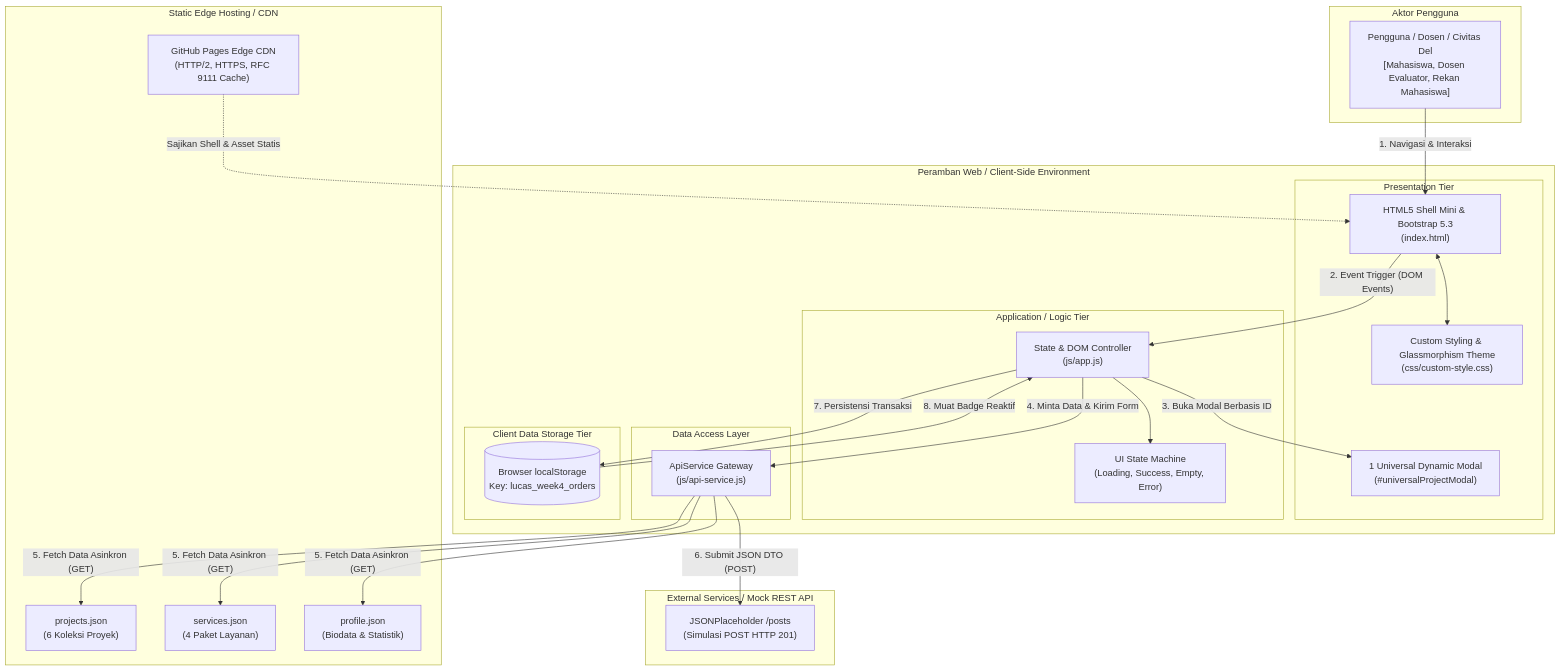
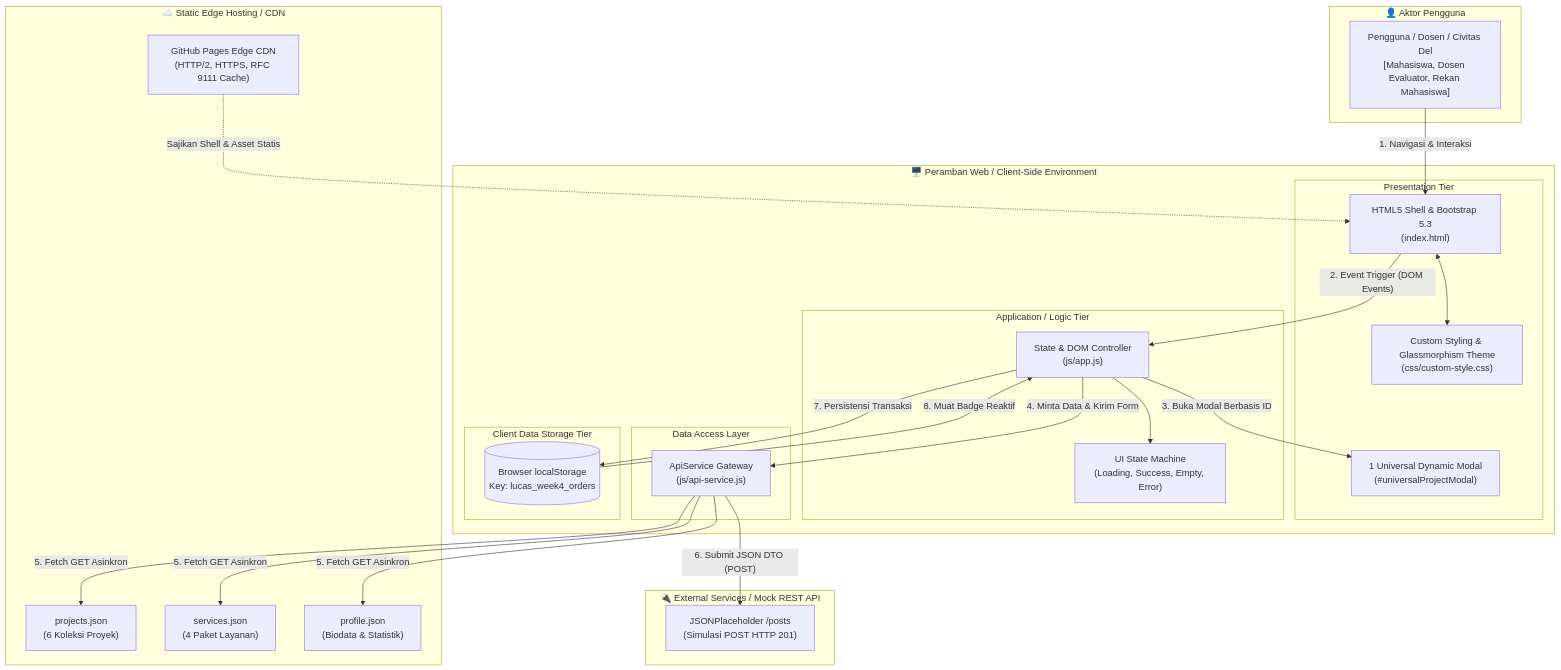
The diagram in README.md (LucasPardede/ppw-2026-week2-12S24015), drawn with Mermaid before and after one commit. The commit also changed other lines of this file, not shown here.

Commit message:
docs(README): restructure and beautify with tables, badges, diagrams, and visual hierarchy

````diff
--- a/README.md
+++ b/README.md
@@ -55,52 +112,52 @@
 ```mermaid
 flowchart TB
-    subgraph Users ["Aktor Pengguna"]
+    subgraph Users ["👤 Aktor Pengguna"]
         U["Pengguna / Dosen / Civitas Del<br>[Mahasiswa, Dosen Evaluator, Rekan Mahasiswa]"]
     end
 
-    subgraph ClientEnv ["Peramban Web / Client-Side Environment"]
+    subgraph ClientEnv ["🖥️ Peramban Web / Client-Side Environment"]
         subgraph PresentationTier ["Presentation Tier"]
-            HTML["HTML5 Shell Mini & Bootstrap 5.3<br>(index.html)"]
+            HTML["HTML5 Shell & Bootstrap 5.3<br>(index.html)"]
             CSS["Custom Styling & Glassmorphism Theme<br>(css/custom-style.css)"]
             MODAL["1 Universal Dynamic Modal<br>(#universalProjectModal)"]
         end
 
         subgraph LogicTier ["Application / Logic Tier"]
             APP["State & DOM Controller<br>(js/app.js)"]
             UI_STATE["UI State Machine<br>(Loading, Success, Empty, Error)"]
         end
 
         subgraph DataAccessTier ["Data Access Layer"]
             API["ApiService Gateway<br>(js/api-service.js)"]
         end
 
         subgraph ClientStorage ["Client Data Storage Tier"]
             LS[("Browser localStorage<br>Key: lucas_week4_orders")]
         end
     end
 
-    subgraph StaticEdge ["Static Edge Hosting / CDN"]
+    subgraph StaticEdge ["☁️ Static Edge Hosting / CDN"]
         CDN["GitHub Pages Edge CDN<br>(HTTP/2, HTTPS, RFC 9111 Cache)"]
         JSON_PROJ["projects.json<br>(6 Koleksi Proyek)"]
         JSON_SERV["services.json<br>(4 Paket Layanan)"]
         JSON_PROF["profile.json<br>(Biodata & Statistik)"]
     end
 
-    subgraph ExternalBackend ["External Services / Mock REST API"]
+    subgraph ExternalBackend ["🔌 External Services / Mock REST API"]
         REST["JSONPlaceholder /posts<br>(Simulasi POST HTTP 201)"]
     end
 
     U -->|"1. Navigasi & Interaksi"| HTML
     HTML <--> CSS
     HTML -->|"2. Event Trigger (DOM Events)"| APP
     APP --> UI_STATE
     APP -->|"3. Buka Modal Berbasis ID"| MODAL
     APP -->|"4. Minta Data & Kirim Form"| API
-    API -->|"5. Fetch Data Asinkron (GET)"| JSON_PROJ
-    API -->|"5. Fetch Data Asinkron (GET)"| JSON_SERV
-    API -->|"5. Fetch Data Asinkron (GET)"| JSON_PROF
+    API -->|"5. Fetch GET Asinkron"| JSON_PROJ
+    API -->|"5. Fetch GET Asinkron"| JSON_SERV
+    API -->|"5. Fetch GET Asinkron"| JSON_PROF
     API -->|"6. Submit JSON DTO (POST)"| REST
     APP -->|"7. Persistensi Transaksi"| LS
     LS -->|"8. Muat Badge Reaktif"| APP
     CDN -.->|"Sajikan Shell & Asset Statis"| HTML
 ```
````
